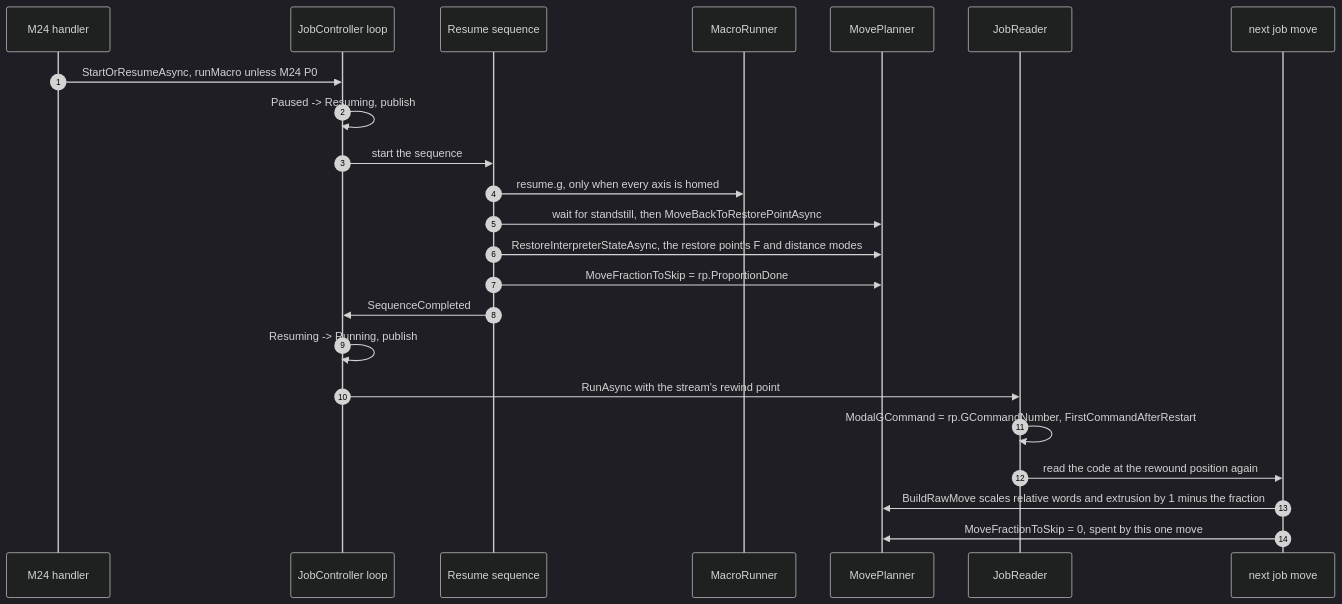
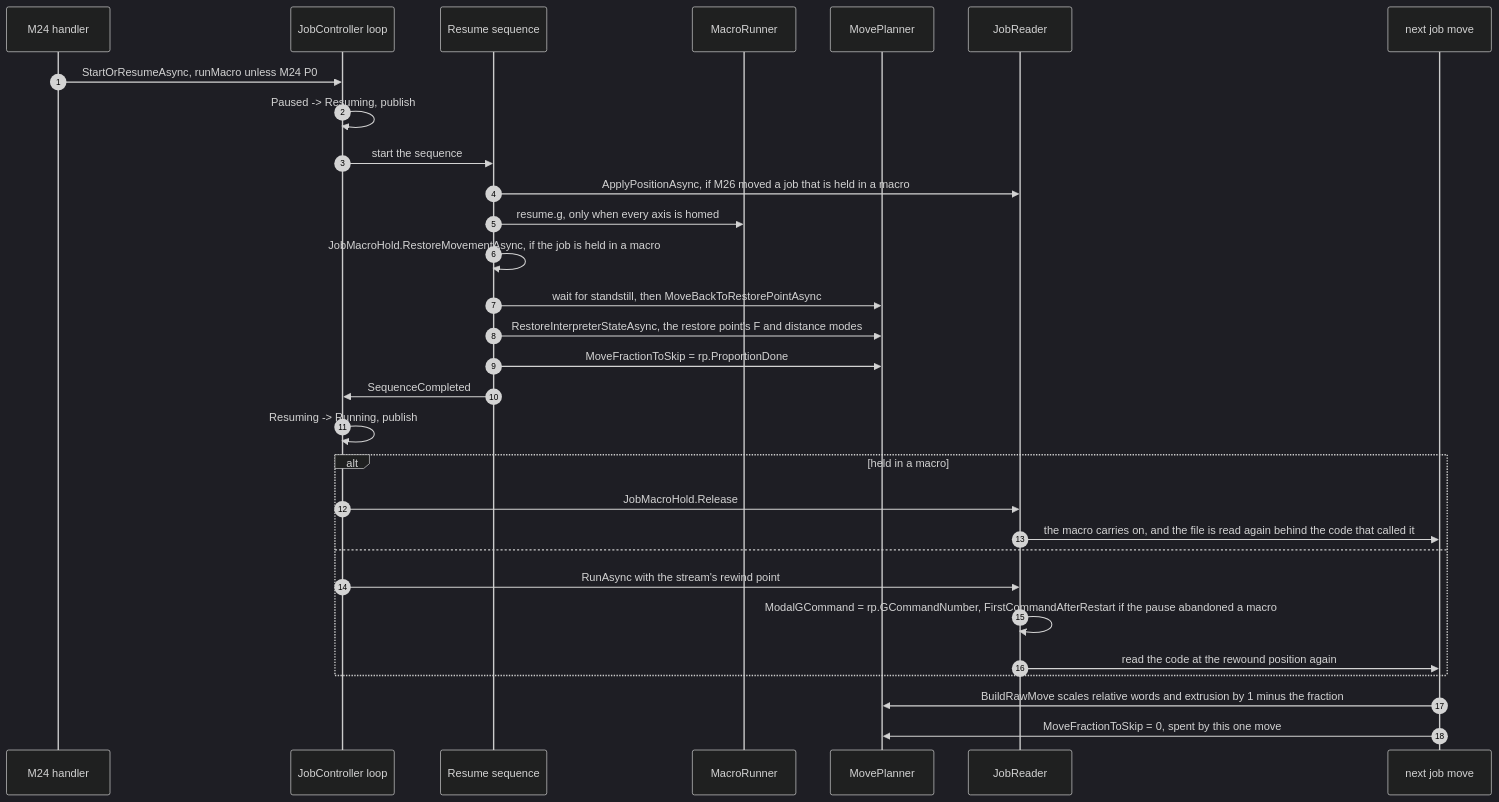
One commit to Duet3D/DuetSoftwareFramework changed the fourth of 5 diagrams in src/Documentation/articles/pause-and-resume.md. Above: the diagram before and after it, drawn with Mermaid (dark theme). The commit also changed other lines of this file and 15 other files, not shown here.

First line of the commit message:
fix: hold the macro that M25 pauses the job in

````diff
--- a/src/Documentation/articles/pause-and-resume.md
+++ b/src/Documentation/articles/pause-and-resume.md
@@ -294,26 +306,33 @@
 ```mermaid
 sequenceDiagram
     autonumber
     participant M as M24 handler
     participant L as JobController loop
     participant R as Resume sequence
     participant MR as MacroRunner
     participant PL as MovePlanner
     participant J as JobReader
     participant S as next job move
 
     M->>L: StartOrResumeAsync, runMacro unless M24 P0
     L->>L: Paused -> Resuming, publish
     L->>R: start the sequence
+    R->>J: ApplyPositionAsync, if M26 moved a job that is held in a macro
     R->>MR: resume.g, only when every axis is homed
+    R->>R: JobMacroHold.RestoreMovementAsync, if the job is held in a macro
     R->>PL: wait for standstill, then MoveBackToRestorePointAsync
     R->>PL: RestoreInterpreterStateAsync, the restore point's F and distance modes
     R->>PL: MoveFractionToSkip = rp.ProportionDone
     R->>L: SequenceCompleted
     L->>L: Resuming -> Running, publish
-    L->>J: RunAsync with the stream's rewind point
-    J->>J: ModalGCommand = rp.GCommandNumber, FirstCommandAfterRestart
-    J->>S: read the code at the rewound position again
+    alt held in a macro
+        L->>J: JobMacroHold.Release
+        J->>S: the macro carries on, and the file is read again behind the code that called it
+    else
+        L->>J: RunAsync with the stream's rewind point
+        J->>J: ModalGCommand = rp.GCommandNumber, FirstCommandAfterRestart if the pause abandoned a macro
+        J->>S: read the code at the rewound position again
+    end
     S->>PL: BuildRawMove scales relative words and extrusion by 1 minus the fraction
     S->>PL: MoveFractionToSkip = 0, spent by this one move
 ```
````
